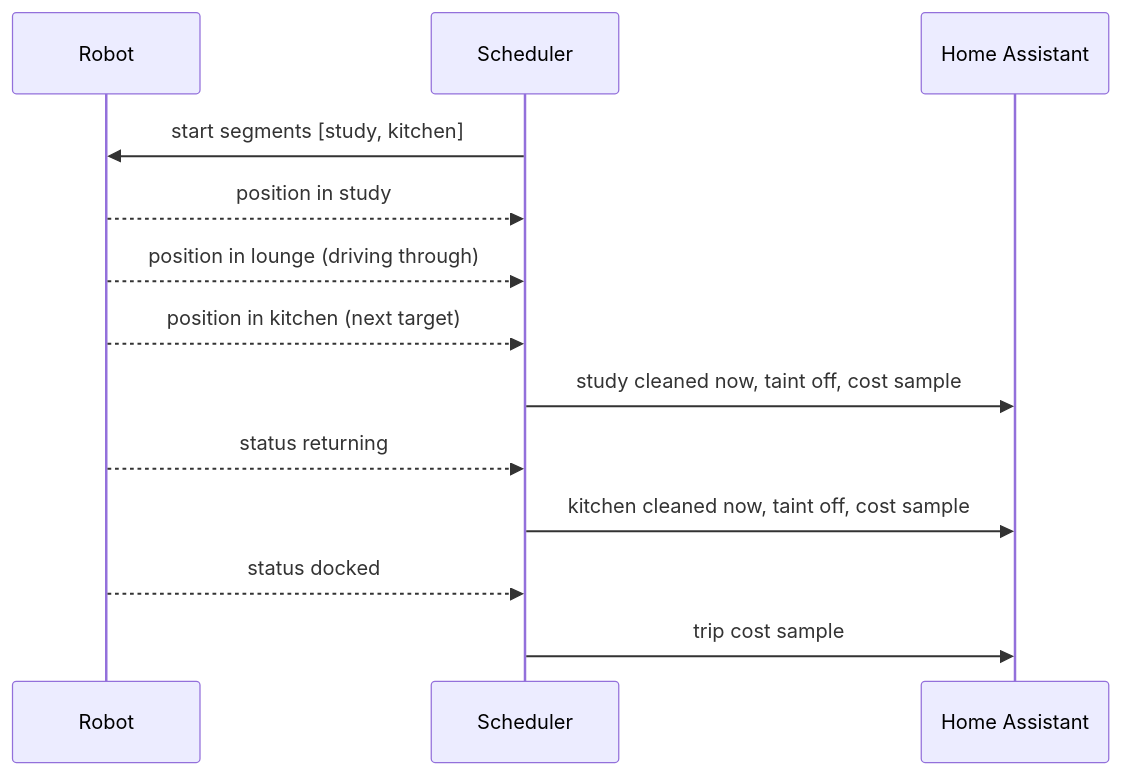
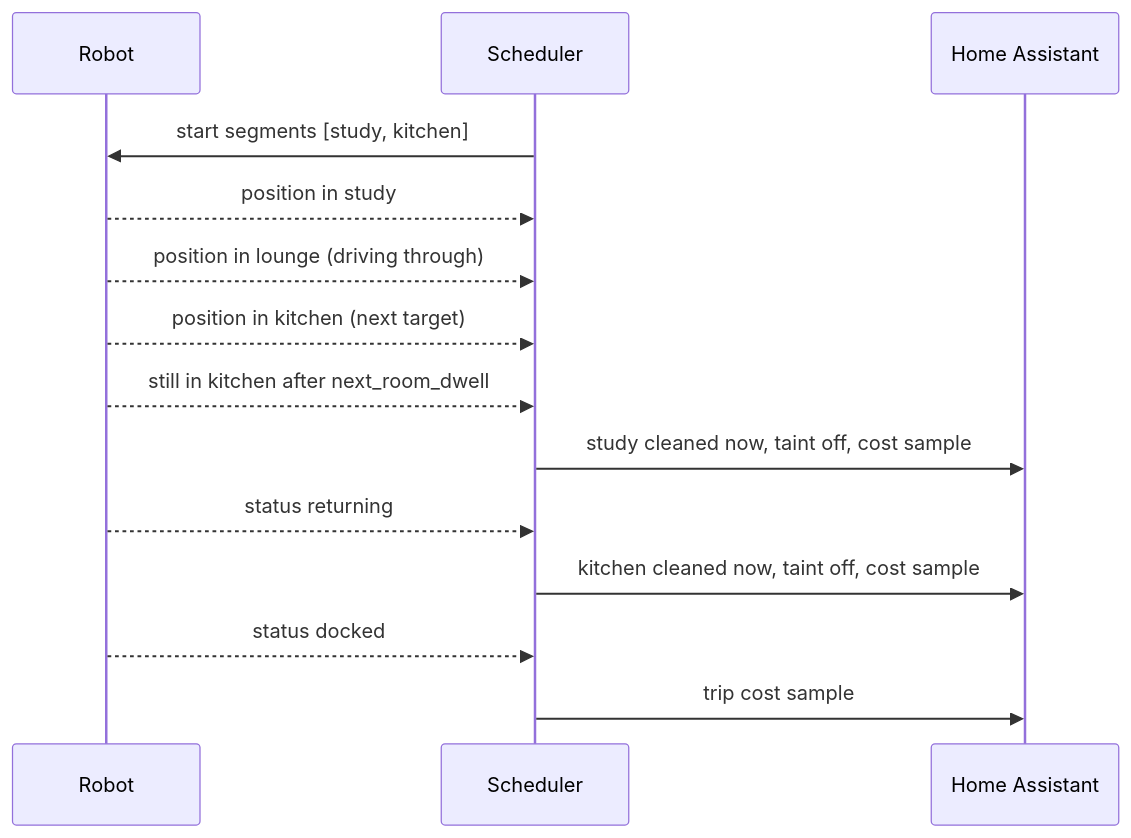
Before and after one commit to NickBorgers/home-automation: the third of 6 diagrams in docs/flows/VACUUM.md, drawn with Mermaid. The commit also changed other lines of this file and 11 other files, not shown here.

First line of the commit message:
Vacuum: confirm the next room by dwell before finishing a room

````diff
--- a/docs/flows/VACUUM.md
+++ b/docs/flows/VACUUM.md
@@ -121,15 +121,16 @@
 ```mermaid
 sequenceDiagram
     participant R as Robot
     participant S as Scheduler
     participant H as Home Assistant
     S->>R: start segments [study, kitchen]
     R-->>S: position in study
     R-->>S: position in lounge (driving through)
     R-->>S: position in kitchen (next target)
+    R-->>S: still in kitchen after next_room_dwell
     S->>H: study cleaned now, taint off, cost sample
     R-->>S: status returning
     S->>H: kitchen cleaned now, taint off, cost sample
     R-->>S: status docked
     S->>H: trip cost sample
 ```
````
